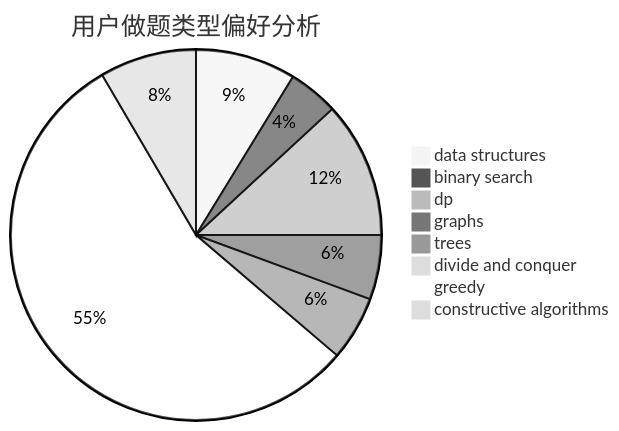
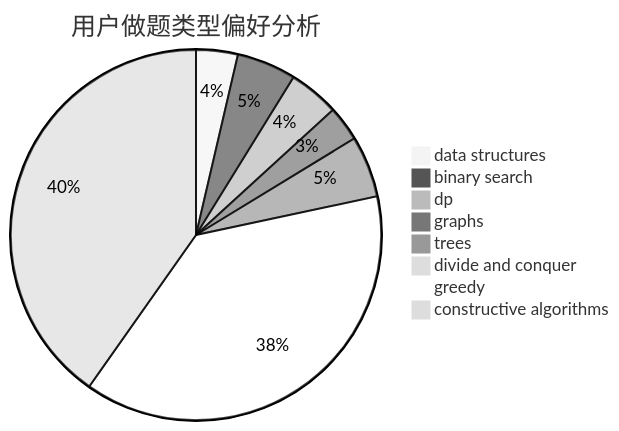
Before and after one commit to sherpahu/cfrs.github.io: the second of 3 diagrams in docs/user/u2157.md, drawn with Mermaid (neutral theme). The commit also changed other lines of this file and 2770 other files, not shown here.

````diff
--- a/docs/user/u2157.md
+++ b/docs/user/u2157.md
@@ -23,11 +23,11 @@
 ```mermaid
 pie title 用户做题类型偏好分析
-    "data structures" :  28
-    "binary search" :  14
-    "dp" :  38
-    "graphs" :  18
-    "trees" :  18
+    "data structures" :  19
+    "binary search" :  27
+    "dp" :  23
+    "graphs" :  16
+    "trees" :  28
     "divide and conquer" :  0
-    "greedy" :  177
-    "constructive algorithms" :  27
+    "greedy" :  199
+    "constructive algorithms" :  210
 ```
````
